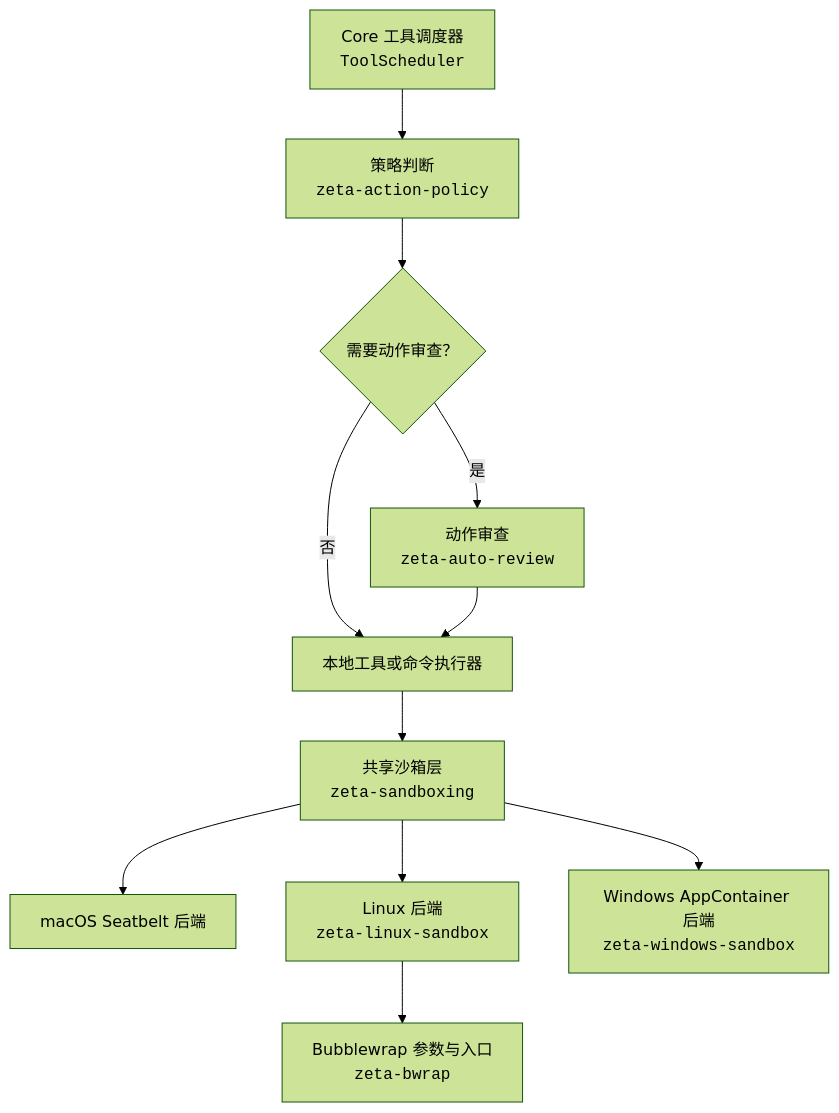
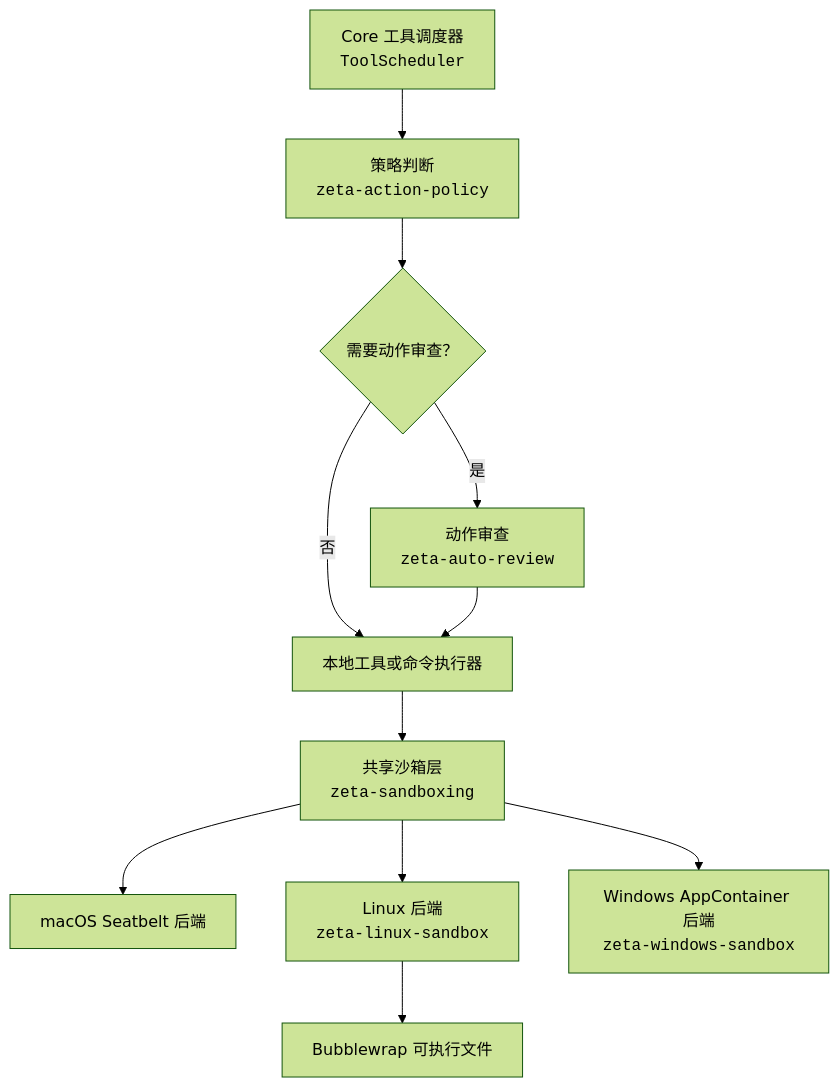
Before and after one commit to chogng/zeta: the diagram in docs/sandboxing.md, drawn with Mermaid (forest theme). The commit also changed other lines of this file and 73 other files, not shown here.

First line of the commit message:
refactor(sandbox): vendor Bubblewrap for Linux enforcement

````diff
--- a/docs/sandboxing.md
+++ b/docs/sandboxing.md
@@ -22,13 +22,13 @@
 ```mermaid
 flowchart TD
     scheduler["Core 工具调度器<br/><code>ToolScheduler</code>"] --> policy["策略判断<br/><code>zeta-action-policy</code>"]
     policy --> review{"需要动作审查？"}
     review -- "是" --> autoReview["动作审查<br/><code>zeta-auto-review</code>"]
     review -- "否" --> executor["本地工具或命令执行器"]
     autoReview --> executor
     executor --> sandboxing["共享沙箱层<br/><code>zeta-sandboxing</code>"]
     sandboxing --> macos["macOS Seatbelt 后端"]
     sandboxing --> linux["Linux 后端<br/><code>zeta-linux-sandbox</code>"]
-    linux --> bwrap["Bubblewrap 参数与入口<br/><code>zeta-bwrap</code>"]
+    linux --> bwrap["Bubblewrap 可执行文件"]
     sandboxing --> windows["Windows AppContainer 后端<br/><code>zeta-windows-sandbox</code>"]
 ```
````
